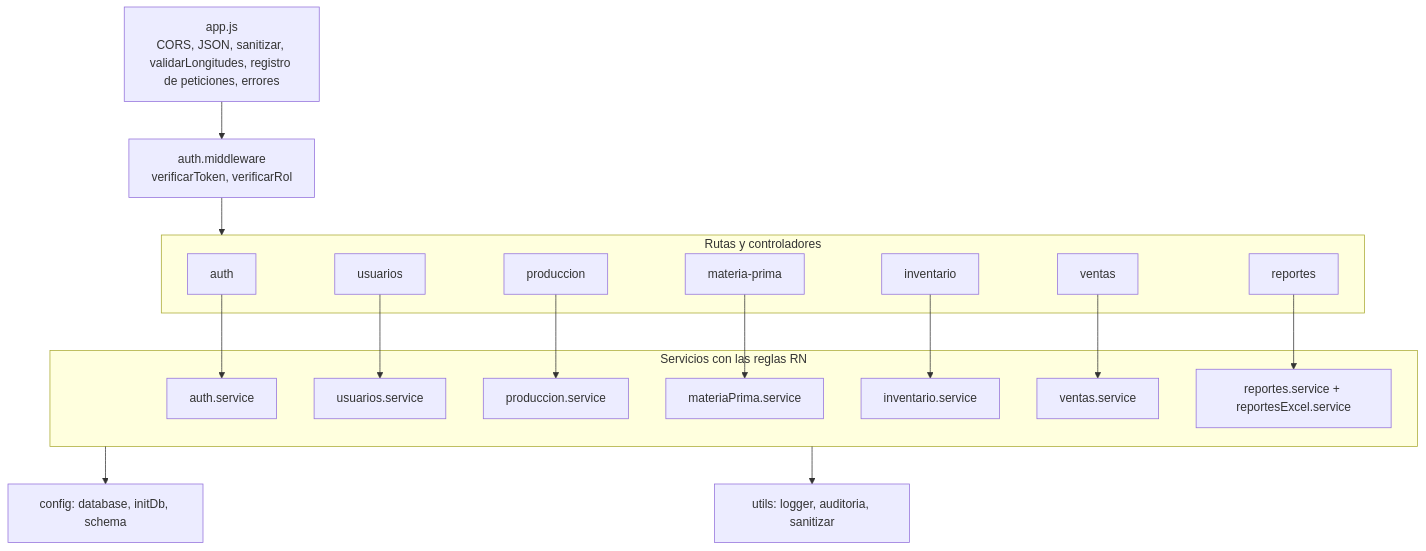
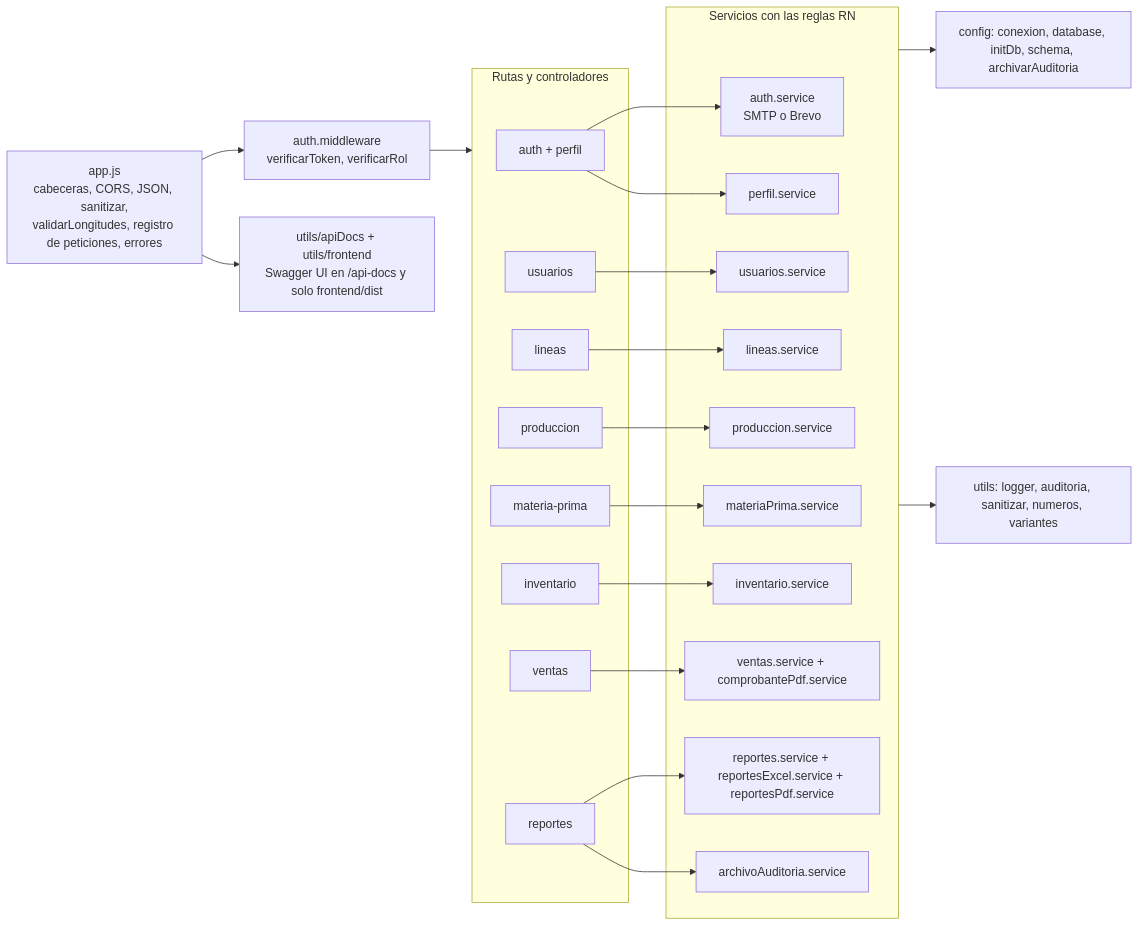
One commit to Pafuna08/MEVIPLAST-NODEJS changed the third of 5 diagrams in docs/architecture/diagramas.md. Above: the diagram before and after it, drawn with Mermaid. The commit also changed other lines of this file and 10 other files, not shown here.

````diff
--- a/docs/architecture/diagramas.md
+++ b/docs/architecture/diagramas.md
@@ -41,35 +48,44 @@
 ```mermaid
-flowchart TB
-  APP[app.js<br/>CORS, JSON, sanitizar, validarLongitudes, registro de peticiones, errores]
+flowchart LR
+  APP[app.js<br/>cabeceras, CORS, JSON, sanitizar,<br/>validarLongitudes, registro de peticiones, errores]
   AUTHMW[auth.middleware<br/>verificarToken, verificarRol]
+  PUB[utils/apiDocs + utils/frontend<br/>Swagger UI en /api-docs y solo frontend/dist]
   subgraph R[Rutas y controladores]
-    RA[auth]
+    RA[auth + perfil]
     RU[usuarios]
+    RL[lineas]
     RP[produccion]
     RM[materia-prima]
     RI[inventario]
     RV[ventas]
     RR[reportes]
   end
   subgraph S[Servicios con las reglas RN]
-    SA[auth.service]
+    SA[auth.service<br/>SMTP o Brevo]
+    SPF[perfil.service]
     SU[usuarios.service]
+    SL[lineas.service]
     SP[produccion.service]
     SM[materiaPrima.service]
     SI[inventario.service]
-    SV[ventas.service]
-    SR[reportes.service + reportesExcel.service]
+    SV[ventas.service + comprobantePdf.service]
+    SR[reportes.service + reportesExcel.service + reportesPdf.service]
+    SAA[archivoAuditoria.service]
   end
-  UT[utils: logger, auditoria, sanitizar]
-  CFG[config: database, initDb, schema]
+  UT[utils: logger, auditoria, sanitizar, numeros, variantes]
+  CFG[config: conexion, database, initDb, schema, archivarAuditoria]
   APP --> AUTHMW --> R
+  APP --> PUB
   RA --> SA
+  RA --> SPF
   RU --> SU
+  RL --> SL
   RP --> SP
   RM --> SM
   RI --> SI
   RV --> SV
   RR --> SR
+  RR --> SAA
   S --> CFG
   S --> UT
 ```
````
